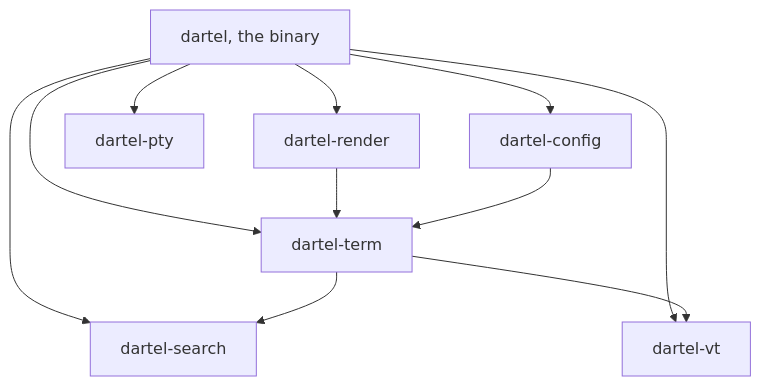
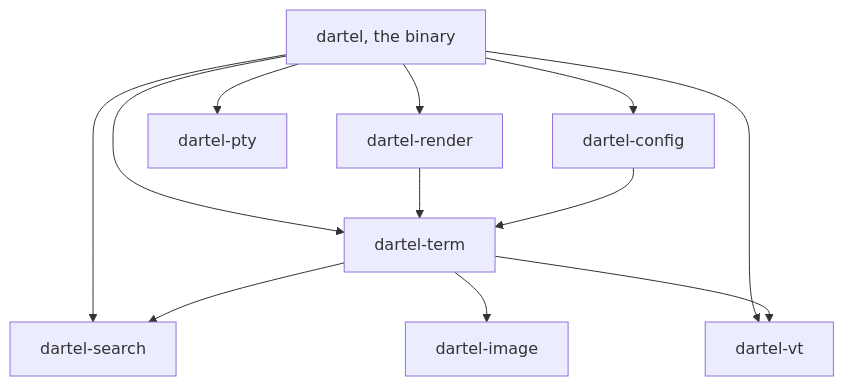
Before and after one commit to riya-amemiya/Dartel: the first of 9 diagrams in docs/architecture.md, drawn with Mermaid. The commit also changed other lines of this file and 50 other files, not shown here.

````diff
--- a/docs/architecture.md
+++ b/docs/architecture.md
@@ -12,20 +12,22 @@
 ```mermaid
 flowchart TD
     dartel["dartel, the binary"]
     render["dartel-render"]
     config["dartel-config"]
     pty["dartel-pty"]
     term["dartel-term"]
     search["dartel-search"]
+    image["dartel-image"]
     vt["dartel-vt"]
     dartel --> render
     dartel --> config
     dartel --> pty
     dartel --> term
     dartel --> search
     dartel --> vt
     render --> term
     config --> term
     term --> search
+    term --> image
     term --> vt
 ```
````
